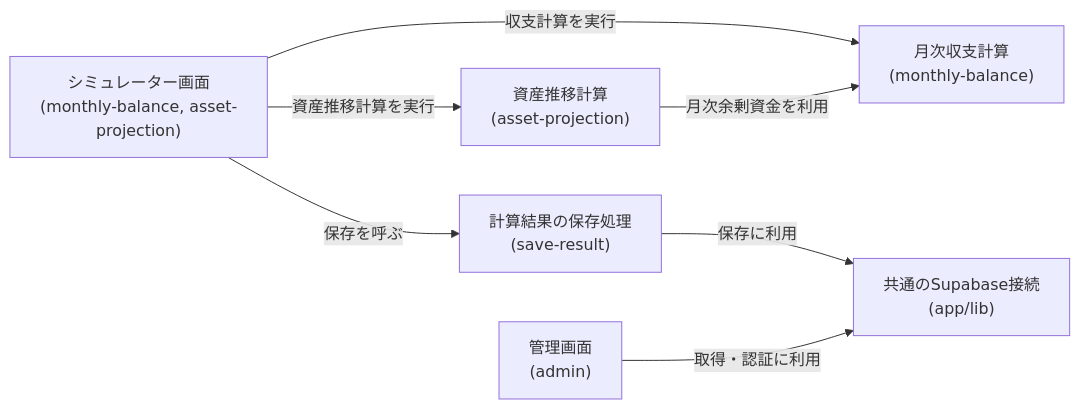
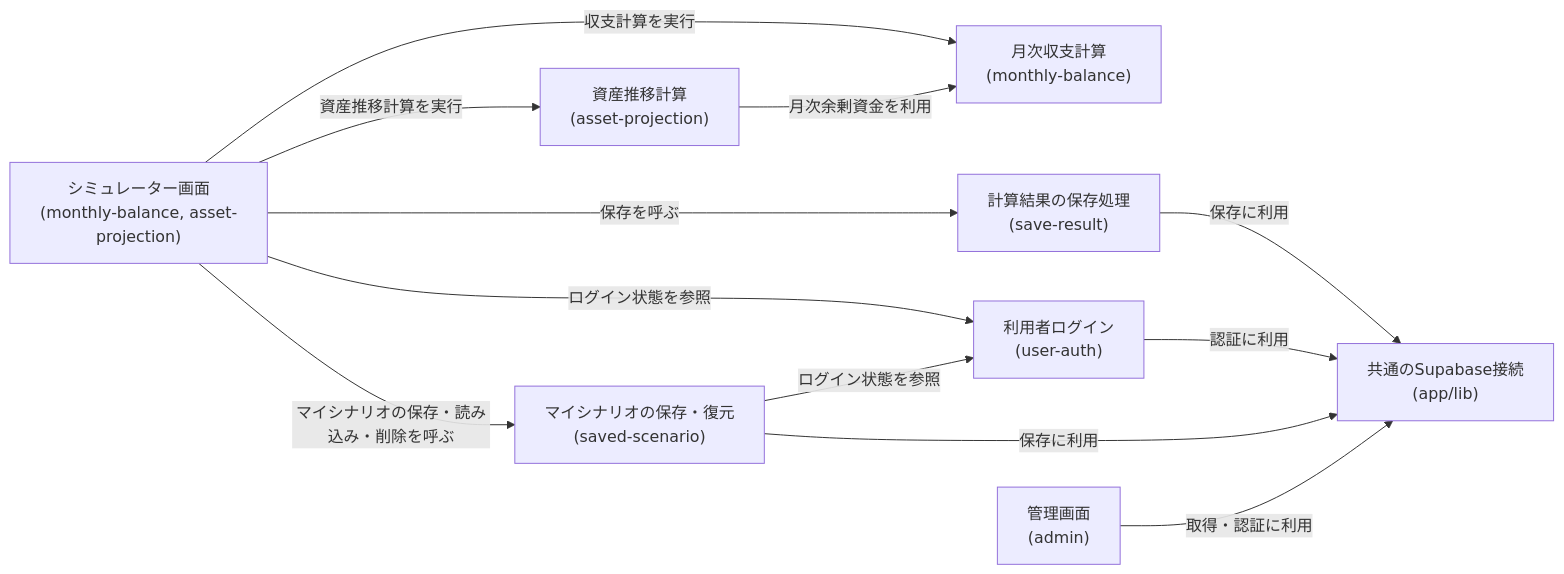
Before and after one commit to zakiyama0108/benriyatool: the second of 3 diagrams in specs/life-money-sim/architecture.md, drawn with Mermaid. The commit also changed other lines of this file and 6 other files, not shown here.

````diff
--- a/specs/life-money-sim/architecture.md
+++ b/specs/life-money-sim/architecture.md
@@ -57,16 +64,23 @@
 ```mermaid
 flowchart LR
     balanceCalc["月次収支計算<br>(monthly-balance)"]
     projectionCalc["資産推移計算<br>(asset-projection)"]
     screen["シミュレーター画面<br>(monthly-balance, asset-projection)"]
     save["計算結果の保存処理<br>(save-result)"]
     adminScreen["管理画面<br>(admin)"]
+    userAuth["利用者ログイン<br>(user-auth)"]
+    scenario["マイシナリオの保存・復元<br>(saved-scenario)"]
     client["共通のSupabase接続<br>(app/lib)"]
 
     screen -->|収支計算を実行| balanceCalc
     screen -->|資産推移計算を実行| projectionCalc
     projectionCalc -->|月次余剰資金を利用| balanceCalc
     screen -->|保存を呼ぶ| save
+    screen -->|ログイン状態を参照| userAuth
+    screen -->|マイシナリオの保存・読み込み・削除を呼ぶ| scenario
+    scenario -->|ログイン状態を参照| userAuth
     save -->|保存に利用| client
+    userAuth -->|認証に利用| client
+    scenario -->|保存に利用| client
     adminScreen -->|取得・認証に利用| client
 ```
````
